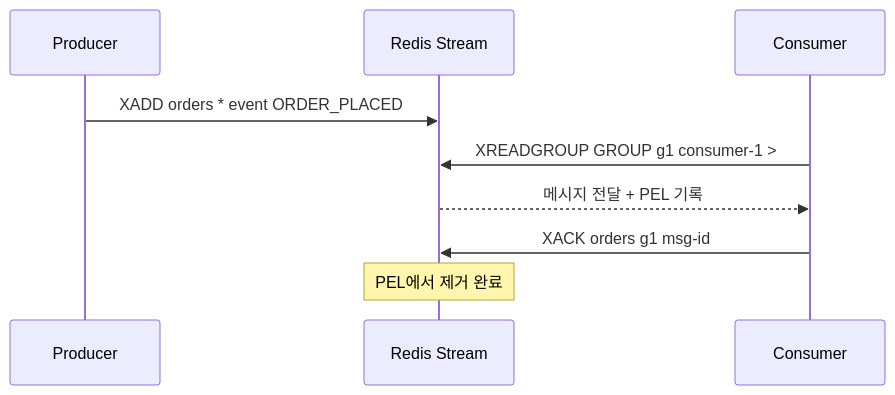
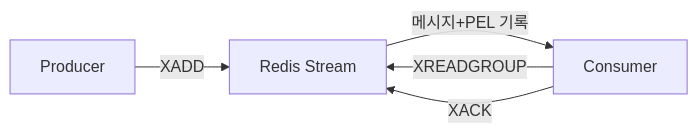
One commit to yjkim2015/yjkim2015.github.io changed the first of 2 diagrams in _posts/redis/2026-05-11-redis-streams.md. Above: the diagram before and after it, drawn with Mermaid. The commit also changed other lines of this file and 84 other files, not shown here.

First line of the commit message:
85개 포스트 Mermaid 다이어그램 규칙 일괄 수정

````diff
--- a/_posts/redis/2026-05-11-redis-streams.md
+++ b/_posts/redis/2026-05-11-redis-streams.md
@@ -225,11 +225,7 @@
 ```mermaid
-sequenceDiagram
-    participant P as Producer
-    participant S as Redis Stream
-    participant C as Consumer
-    P->>S: XADD orders * event ORDER_PLACED
-    C->>S: XREADGROUP GROUP g1 consumer-1 >
-    S-->>C: 메시지 전달 + PEL 기록
-    C->>S: XACK orders g1 msg-id
-    Note over S: PEL에서 제거 완료
+graph LR
+    P["Producer"] -->|"XADD"| S["Redis Stream"]
+    C["Consumer"] -->|"XREADGROUP"| S
+    S -->|"메시지+PEL 기록"| C
+    C -->|"XACK"| S
 ```
````
